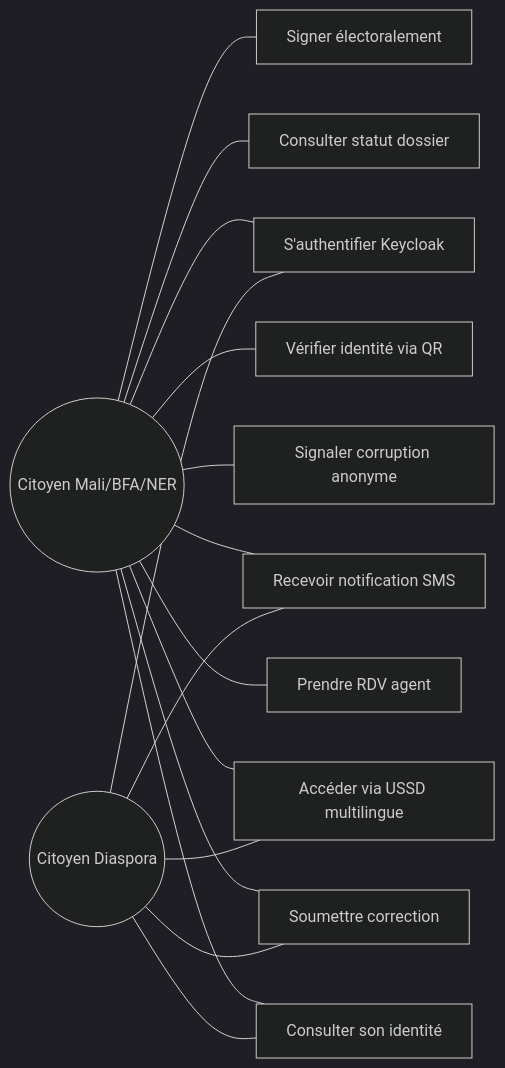
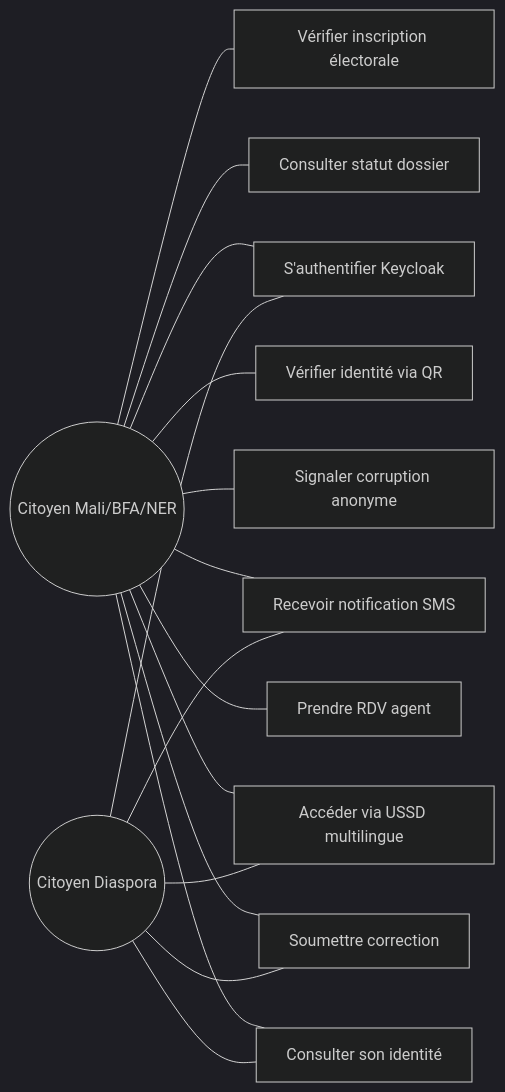
Before and after one commit to TheManInPink/Session-Ete-2026: diagram 13 of 40 in docs/diagrams/99-DIAGRAMMES-MERMAID.md, drawn with Mermaid (dark theme). The commit also changed other lines of this file and 1 other file, not shown here.

First line of the commit message:
docs: corriger UC9 électoral + alias Corr dans les diagrammes (99)

````diff
--- a/docs/diagrams/99-DIAGRAMMES-MERMAID.md
+++ b/docs/diagrams/99-DIAGRAMMES-MERMAID.md
@@ -839,32 +839,32 @@
 ```mermaid
 flowchart LR
     Citoyen((Citoyen Mali/BFA/NER))
     Diaspora((Citoyen Diaspora))
 
     UC1[Consulter son identité]
     UC2[Soumettre correction]
     UC3[Prendre RDV agent]
     UC4[Signaler corruption anonyme]
     UC5[Vérifier identité via QR]
     UC6[Accéder via USSD multilingue]
     UC7[Recevoir notification SMS]
     UC8[Consulter statut dossier]
-    UC9[Signer électoralement]
+    UC9[Vérifier inscription électorale]
     UC10[S'authentifier Keycloak]
 
     Citoyen --- UC1
     Citoyen --- UC2
     Citoyen --- UC3
     Citoyen --- UC4
     Citoyen --- UC5
     Citoyen --- UC6
     Citoyen --- UC7
     Citoyen --- UC8
     Citoyen --- UC9
     Citoyen --- UC10
     Diaspora --- UC1
     Diaspora --- UC2
     Diaspora --- UC6
     Diaspora --- UC7
     Diaspora --- UC10
 ```
````
